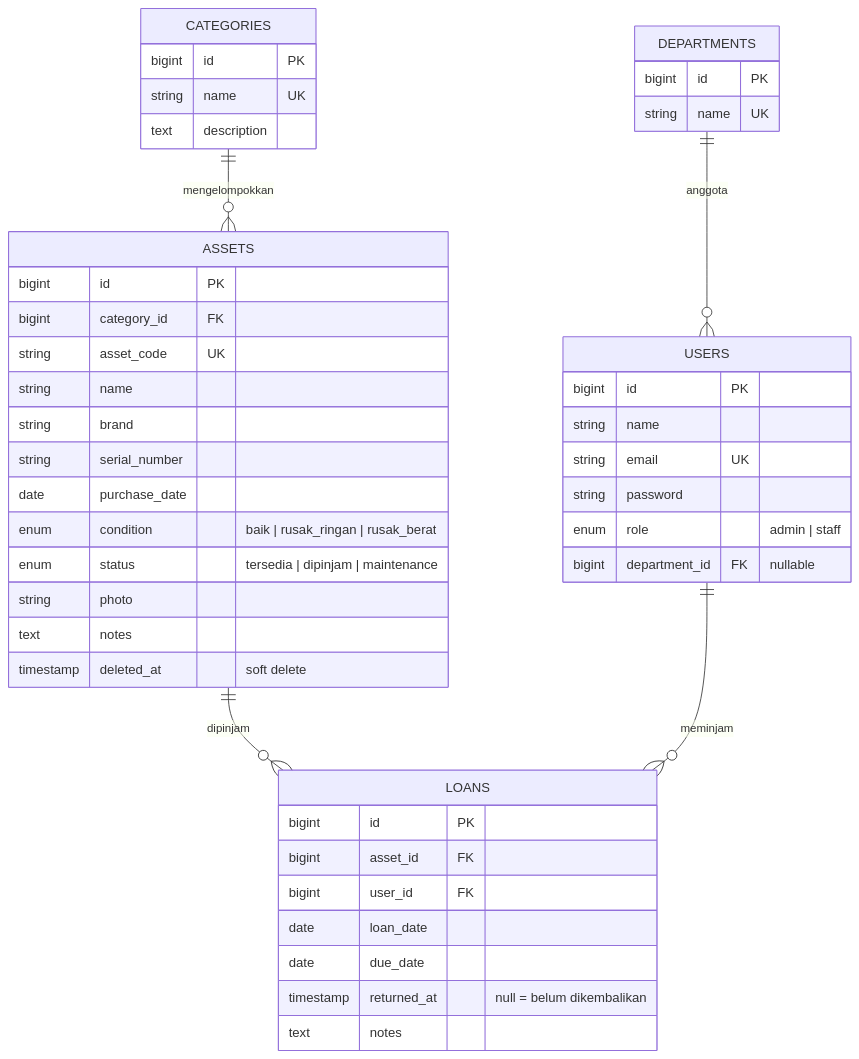
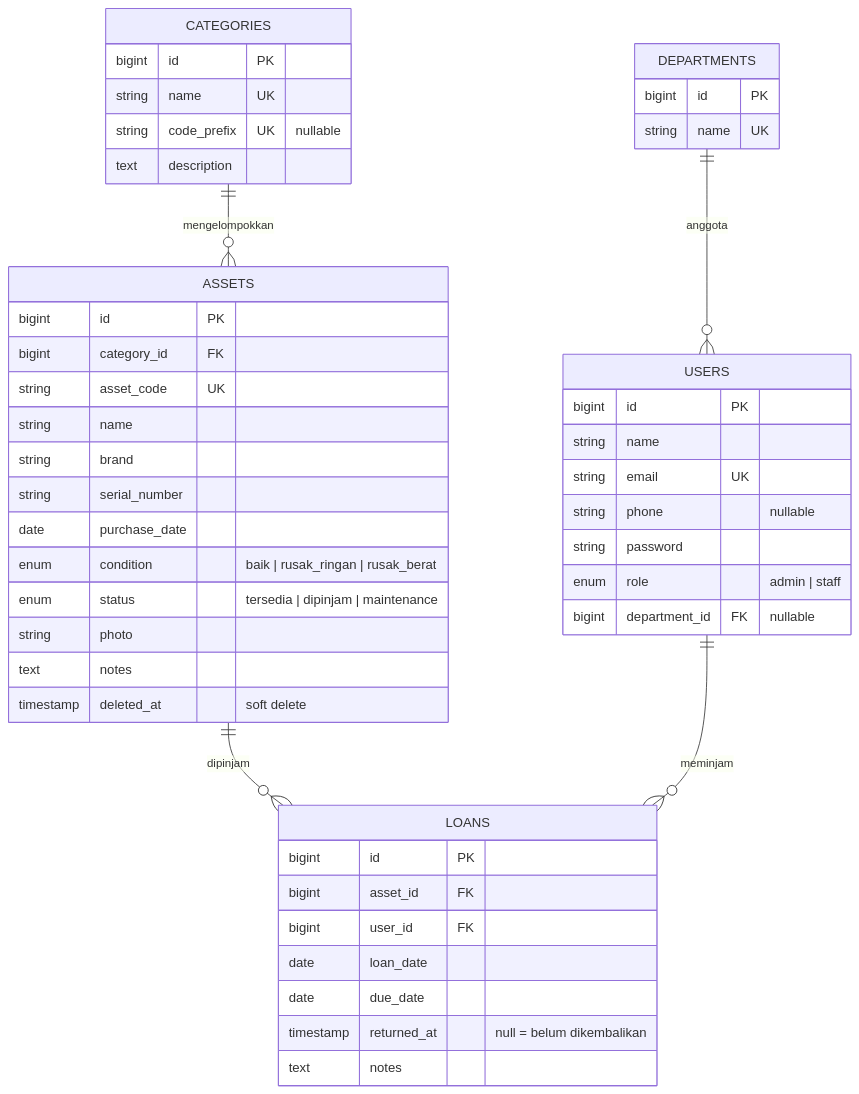
One commit to ALunnyI/INVENTRA changed the diagram in README.md. Above: the diagram before and after it, drawn with Mermaid. The commit also changed other lines of this file and 8 other files, not shown here.

````diff
--- a/README.md
+++ b/README.md
@@ -92,48 +217,50 @@
 ```mermaid
 erDiagram
     DEPARTMENTS ||--o{ USERS : "anggota"
     CATEGORIES  ||--o{ ASSETS : "mengelompokkan"
     ASSETS      ||--o{ LOANS : "dipinjam"
     USERS       ||--o{ LOANS : "meminjam"
 
     DEPARTMENTS {
         bigint id PK
         string name UK
     }
     USERS {
         bigint id PK
         string name
         string email UK
+        string phone "nullable"
         string password
         enum role "admin | staff"
         bigint department_id FK "nullable"
     }
     CATEGORIES {
         bigint id PK
         string name UK
+        string code_prefix UK "nullable"
         text description
     }
     ASSETS {
         bigint id PK
         bigint category_id FK
         string asset_code UK
         string name
         string brand
         string serial_number
         date purchase_date
         enum condition "baik | rusak_ringan | rusak_berat"
         enum status "tersedia | dipinjam | maintenance"
         string photo
         text notes
         timestamp deleted_at "soft delete"
     }
     LOANS {
         bigint id PK
         bigint asset_id FK
         bigint user_id FK
         date loan_date
         date due_date
         timestamp returned_at "null = belum dikembalikan"
         text notes
     }
 ```
````
